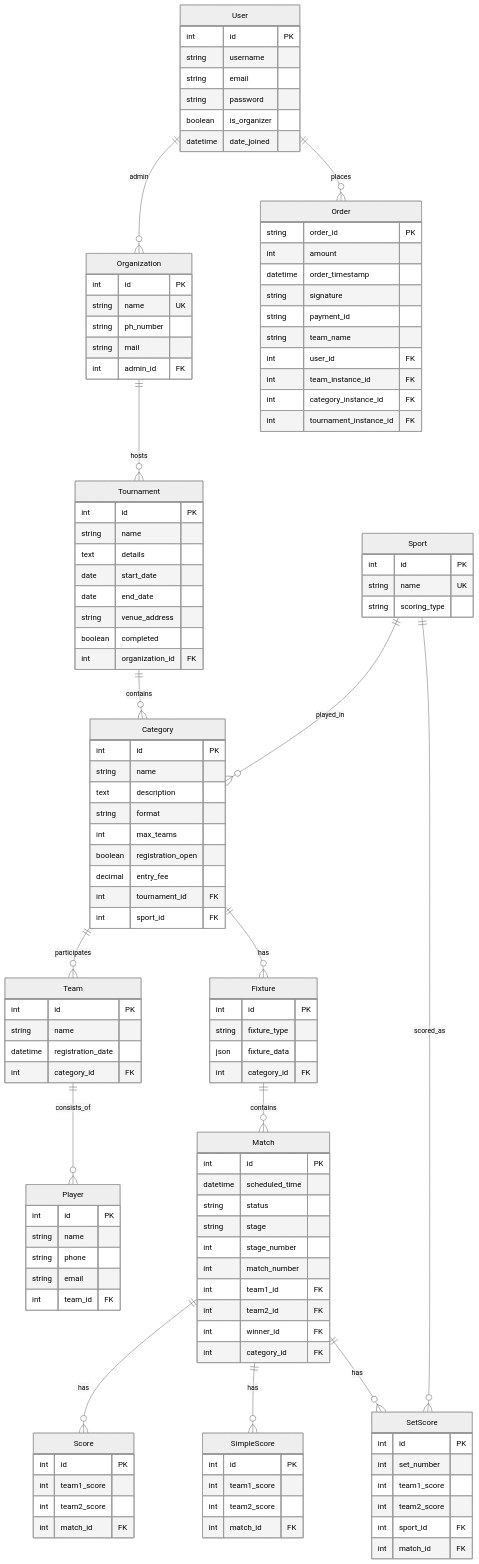
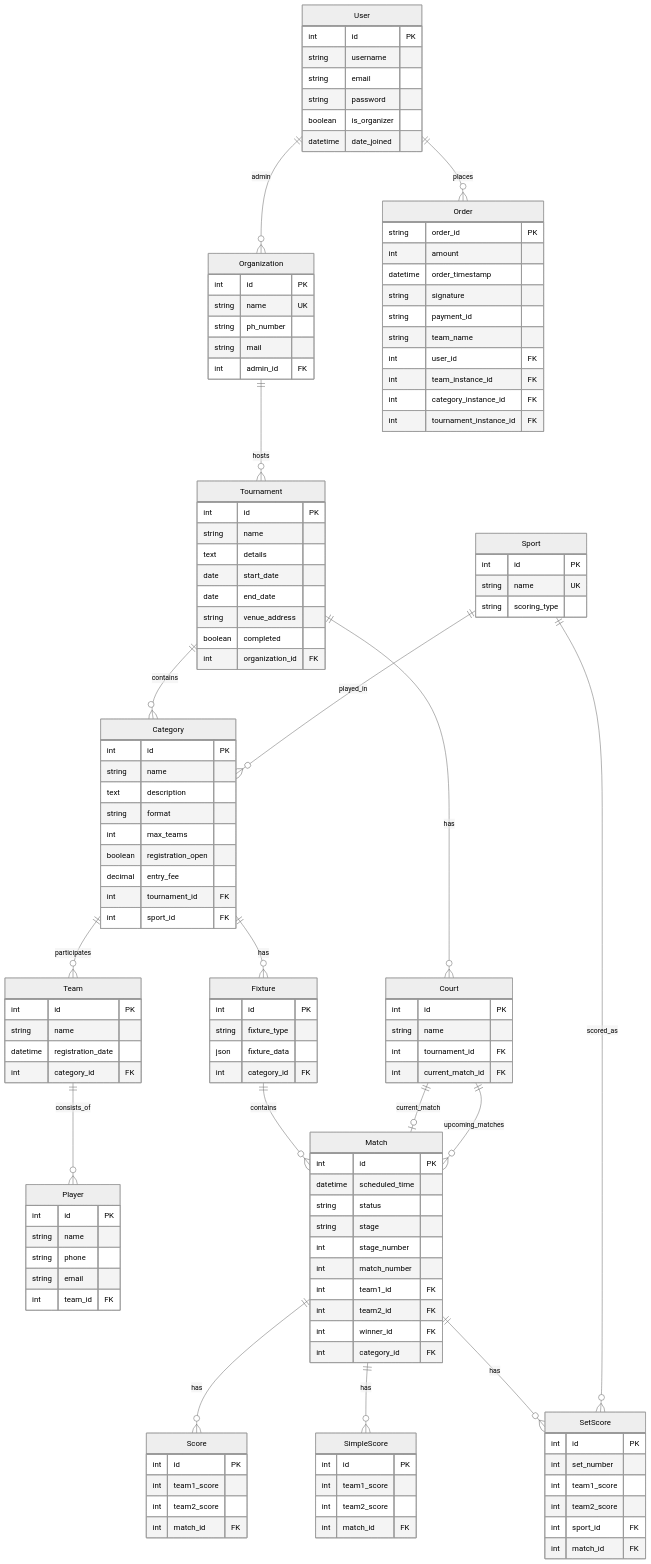
Before and after one commit to sportshunt-prod/BE-playportal: the diagram in docs/database-schema.md, drawn with Mermaid (neutral theme). The commit also changed other lines of this file and 9 other files, not shown here.

```diff
--- a/docs/database-schema.md
+++ b/docs/database-schema.md
@@ -10,6 +10,7 @@
     User ||--o{ Order : "places"
     Organization ||--o{ Tournament : "hosts"
     Tournament ||--o{ Category : "contains"
+    Tournament ||--o{ Court : "has"
     Category ||--o{ Team : "participates"
     Category ||--o{ Fixture : "has"
     Team ||--o{ Player : "consists_of"
@@ -17,6 +18,8 @@
     Match ||--o{ Score : "has"
     Match ||--o{ SimpleScore : "has"
     Match ||--o{ SetScore : "has"
+    Court ||--o| Match : "current_match"
+    Court ||--o{ Match : "upcoming_matches"
     Sport ||--o{ Category : "played_in"
     Sport ||--o{ SetScore : "scored_as"
 
@@ -46,6 +49,13 @@
         string venue_address
         boolean completed
         int organization_id FK
+    }
+
+    Court {
+        int id PK
+        string name
+        int tournament_id FK
+        int current_match_id FK
     }
 
     Category {
```
